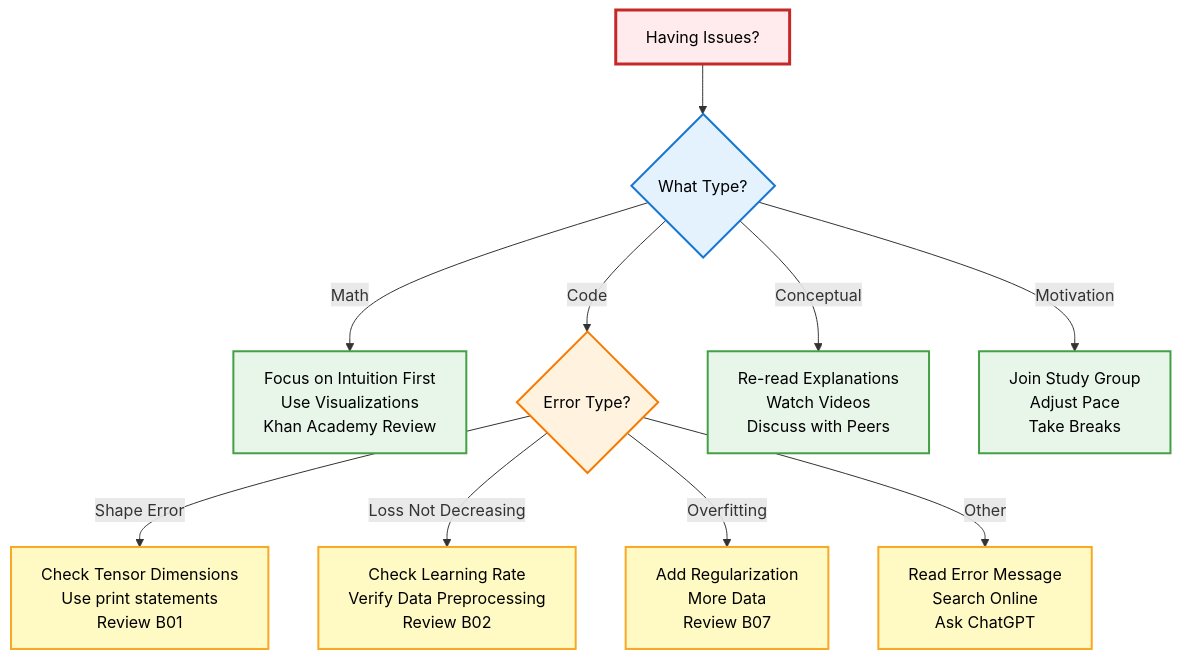
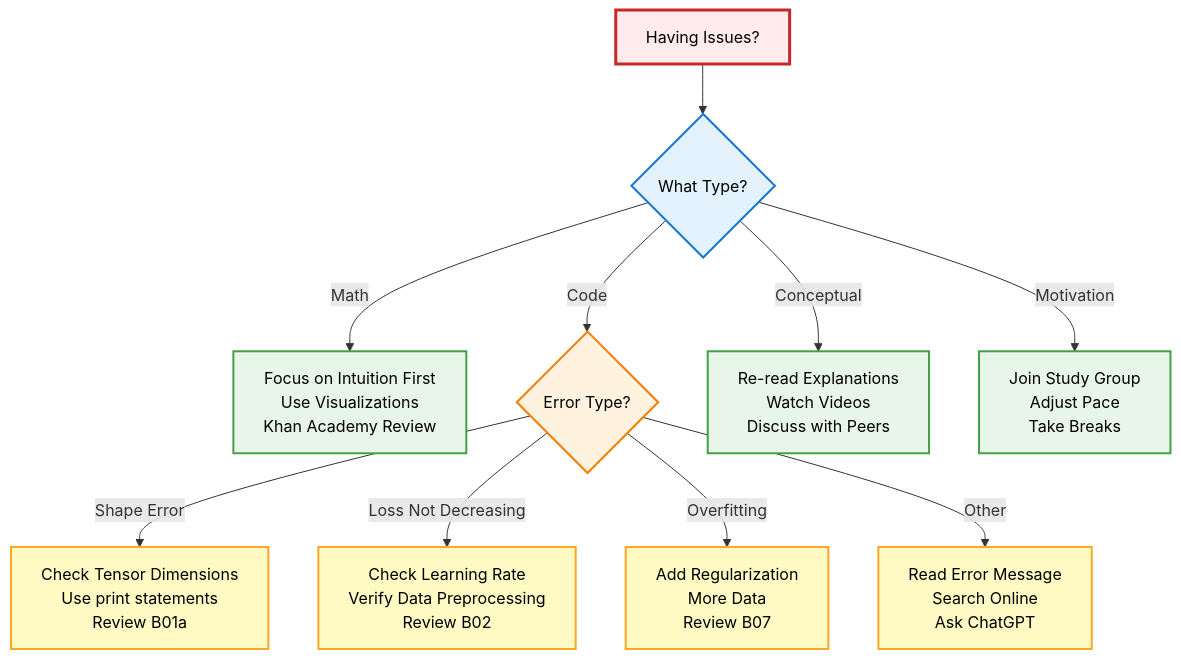
One commit to nexageapps/AI changed the ninth of 11 diagrams in Basic/README.md. Above: the diagram before and after it, drawn with Mermaid. The commit also changed other lines of this file and 41 other files, not shown here.

````diff
--- a/Basic/README.md
+++ b/Basic/README.md
@@ -638,24 +651,24 @@
 ```mermaid
 graph TD
     A["Having Issues?"] --> B{"What Type?"}
     B -->|"Math"| C["Focus on Intuition First<br/>Use Visualizations<br/>Khan Academy Review"]
     B -->|"Code"| D{"Error Type?"}
     B -->|"Conceptual"| E["Re-read Explanations<br/>Watch Videos<br/>Discuss with Peers"]
     B -->|"Motivation"| F["Join Study Group<br/>Adjust Pace<br/>Take Breaks"]
     
-    D -->|"Shape Error"| G["Check Tensor Dimensions<br/>Use print statements<br/>Review B01"]
+    D -->|"Shape Error"| G["Check Tensor Dimensions<br/>Use print statements<br/>Review B01a"]
     D -->|"Loss Not Decreasing"| H["Check Learning Rate<br/>Verify Data Preprocessing<br/>Review B02"]
     D -->|"Overfitting"| I["Add Regularization<br/>More Data<br/>Review B07"]
     D -->|"Other"| J["Read Error Message<br/>Search Online<br/>Ask ChatGPT"]
     
     style A fill:#ffebee,stroke:#c62828,stroke-width:3px,color:#000
     style B fill:#e3f2fd,stroke:#1976d2,stroke-width:2px,color:#000
     style C fill:#e8f5e9,stroke:#43a047,stroke-width:2px,color:#000
     style D fill:#fff3e0,stroke:#f57c00,stroke-width:2px,color:#000
     style E fill:#e8f5e9,stroke:#43a047,stroke-width:2px,color:#000
     style F fill:#e8f5e9,stroke:#43a047,stroke-width:2px,color:#000
     style G fill:#fff9c4,stroke:#f9a825,stroke-width:2px,color:#000
     style H fill:#fff9c4,stroke:#f9a825,stroke-width:2px,color:#000
     style I fill:#fff9c4,stroke:#f9a825,stroke-width:2px,color:#000
     style J fill:#fff9c4,stroke:#f9a825,stroke-width:2px,color:#000
 ```
````
